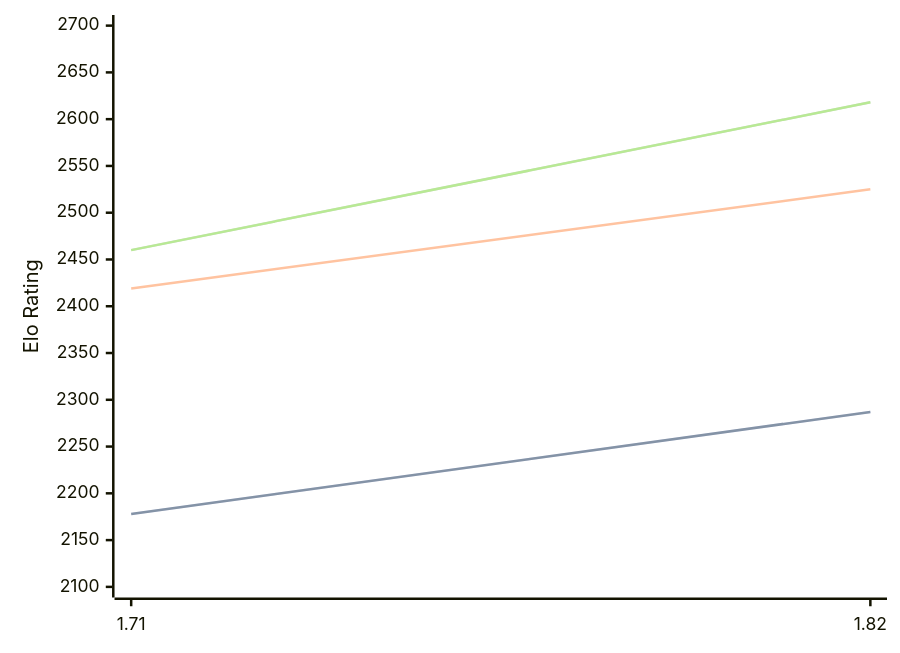
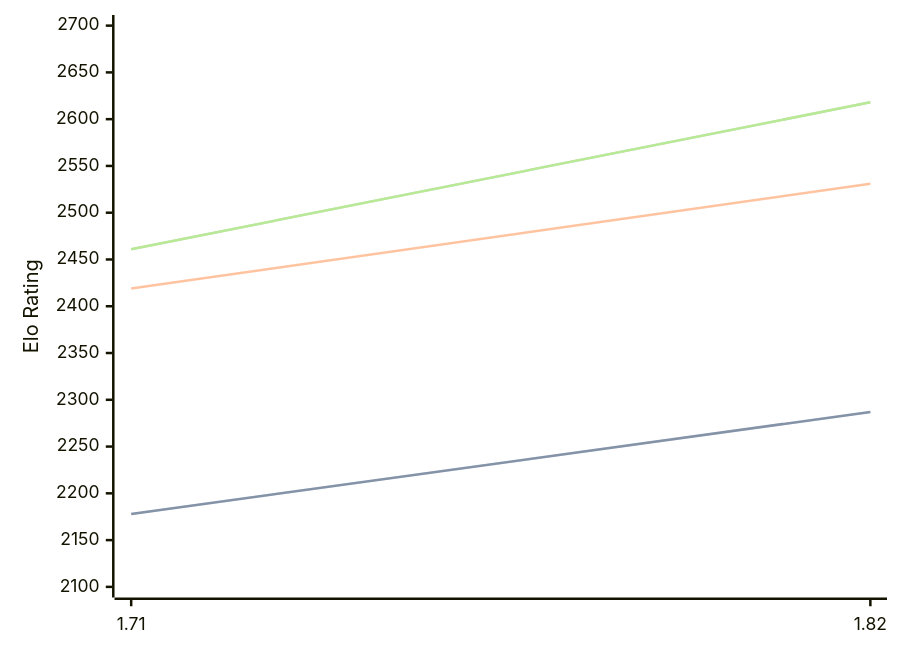
Before and after one commit to computer-chess-index/cci: the diagram in engines/Amira.md, drawn with Mermaid. The commit also changed other lines of this file, not shown here.

Commit message:
Update CCI Ratings (ELO VLTC) - 2026-08-10

````diff
--- a/engines/Amira.md
+++ b/engines/Amira.md
@@ -32,11 +32,11 @@
 ```mermaid
 %%{init: {"theme":"base","themeVariables":{"seriesColors:['#a3a3a3','#222221','#faa371']}}}%%
 xychart-beta
   x-axis ["1.71", "1.82"]
   y-axis "Elo Rating" 2100 --> 2700
   line "STC (8.0+0.08s)" [2178, 2287]
   line "STC (8.0+0.08s)" [2178, 2287]
-  line "LTC (60.0+0.60s)" [2419, 2525]
-  line "VLTC (2m24s+1.12s)" [2460, 2618]
-  line "VLTC (2m24s+1.12s)" [2460, 2618]
+  line "LTC (60.0+0.60s)" [2419, 2531]
+  line "VLTC (2m24s+1.12s)" [2461, 2618]
+  line "VLTC (2m24s+1.12s)" [2461, 2618]
 ```
````
